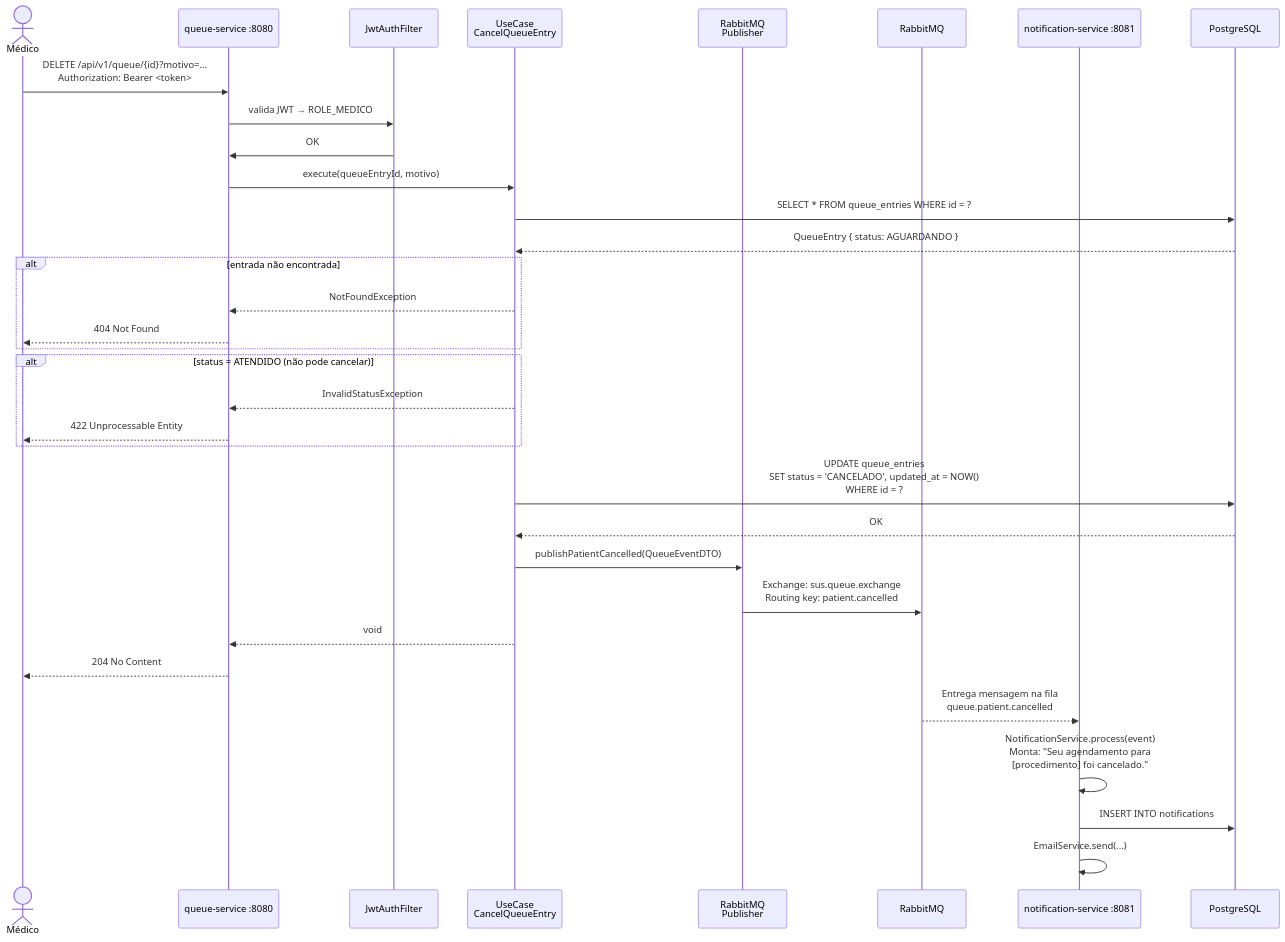
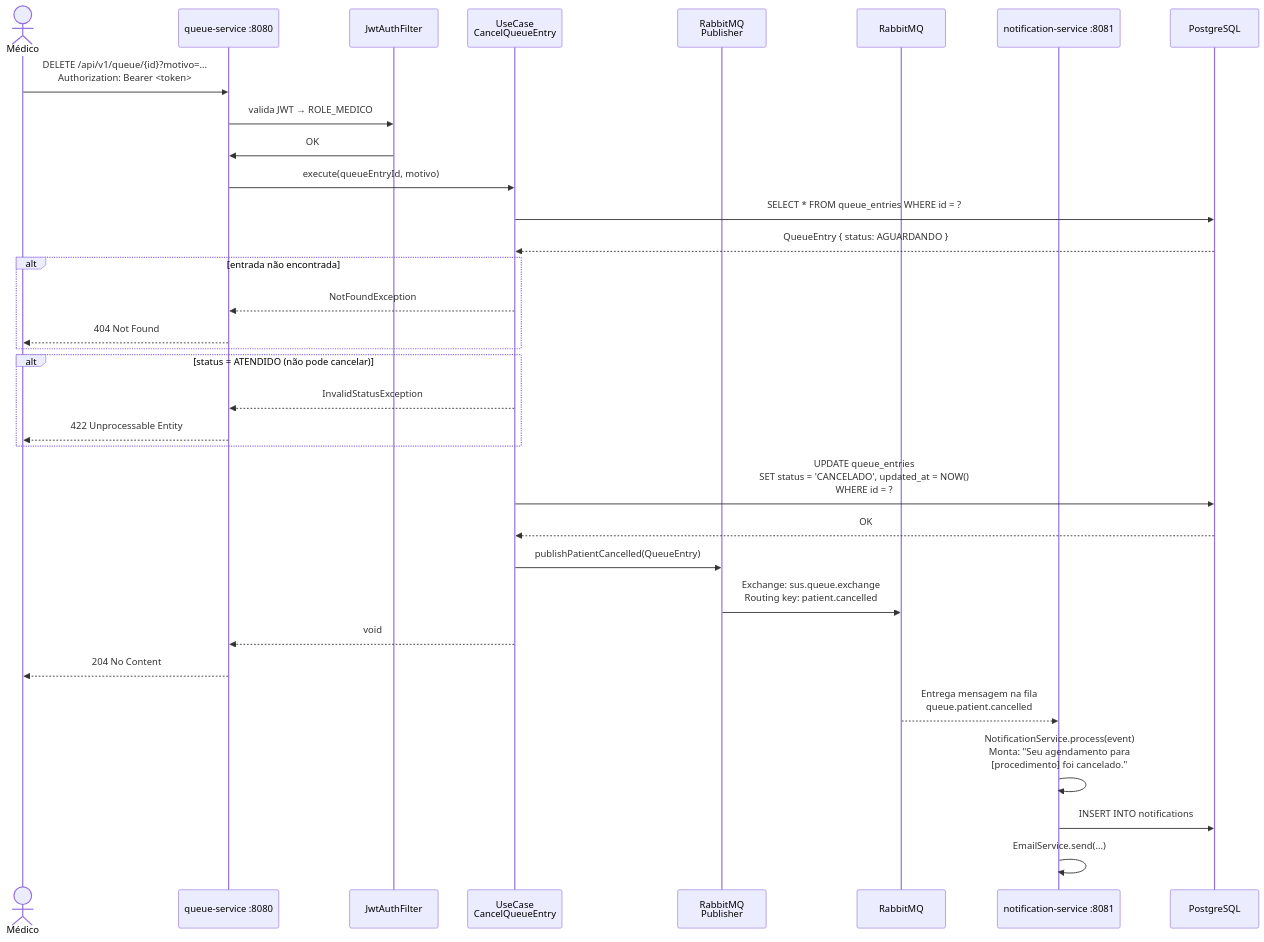
The seventh of 13 diagrams in docs/sequencias-diagrama.md (LucasBruner/Morbus), drawn with Mermaid before and after one commit. The commit also changed other lines of this file and 15 other files, not shown here.

````diff
--- a/docs/sequencias-diagrama.md
+++ b/docs/sequencias-diagrama.md
@@ -305,46 +305,46 @@
 ```mermaid
 sequenceDiagram
     actor Medico as Médico
     participant QS as queue-service :8080
     participant Filter as JwtAuthFilter
     participant UC as UseCase<br/>CancelQueueEntry
     participant Publisher as RabbitMQ<br/>Publisher
     participant MQ as RabbitMQ
     participant NS as notification-service :8081
     participant DB as PostgreSQL
 
     Medico->>QS: DELETE /api/v1/queue/{id}?motivo=...<br/>Authorization: Bearer <token>
 
     QS->>Filter: valida JWT → ROLE_MEDICO
     Filter->>QS: OK
 
     QS->>UC: execute(queueEntryId, motivo)
 
     UC->>DB: SELECT * FROM queue_entries WHERE id = ?
     DB-->>UC: QueueEntry { status: AGUARDANDO }
 
     alt entrada não encontrada
         UC-->>QS: NotFoundException
         QS-->>Medico: 404 Not Found
     end
 
     alt status = ATENDIDO (não pode cancelar)
         UC-->>QS: InvalidStatusException
         QS-->>Medico: 422 Unprocessable Entity
     end
 
     UC->>DB: UPDATE queue_entries<br/>SET status = 'CANCELADO', updated_at = NOW()<br/>WHERE id = ?
     DB-->>UC: OK
 
-    UC->>Publisher: publishPatientCancelled(QueueEventDTO)
+    UC->>Publisher: publishPatientCancelled(QueueEntry)
     Publisher->>MQ: Exchange: sus.queue.exchange<br/>Routing key: patient.cancelled
 
     UC-->>QS: void
     QS-->>Medico: 204 No Content
 
     MQ-->>NS: Entrega mensagem na fila<br/>queue.patient.cancelled
 
     NS->>NS: NotificationService.process(event)<br/>Monta: "Seu agendamento para<br/>[procedimento] foi cancelado."
     NS->>DB: INSERT INTO notifications
     NS->>NS: EmailService.send(...)
 ```
````
